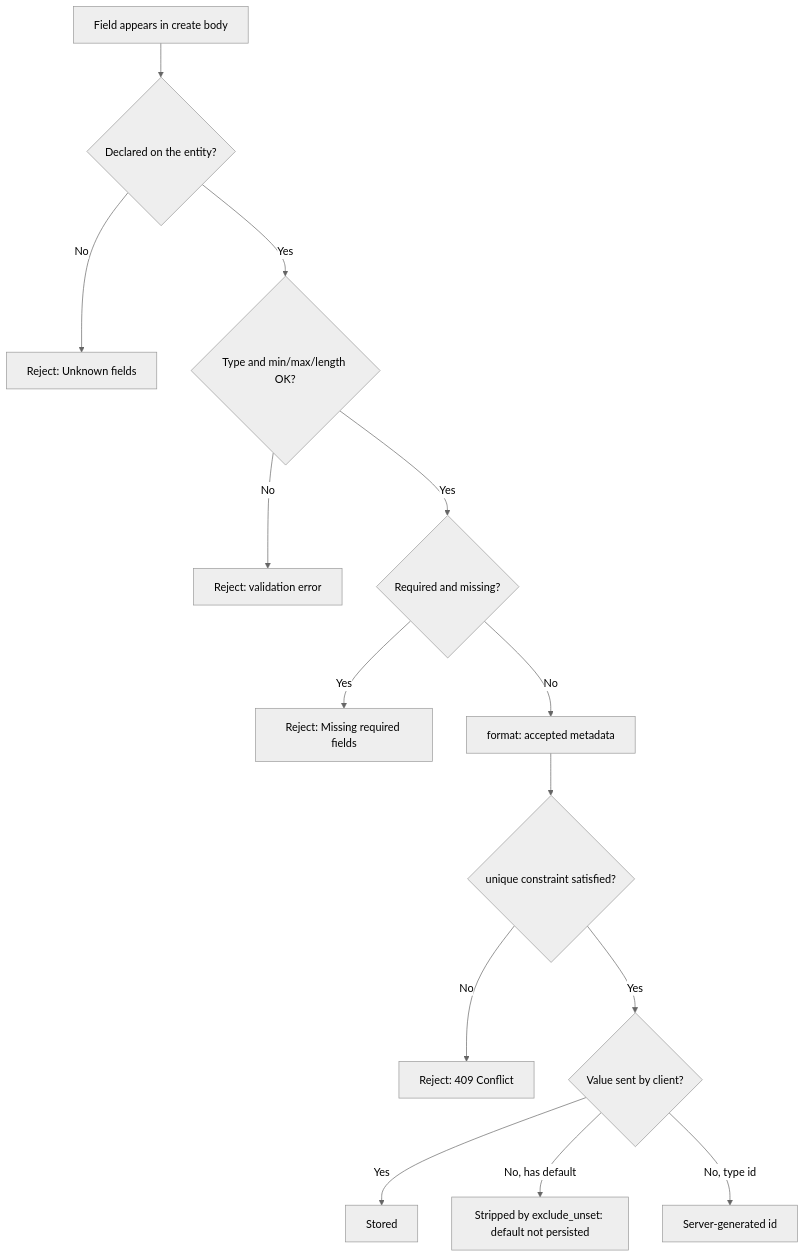
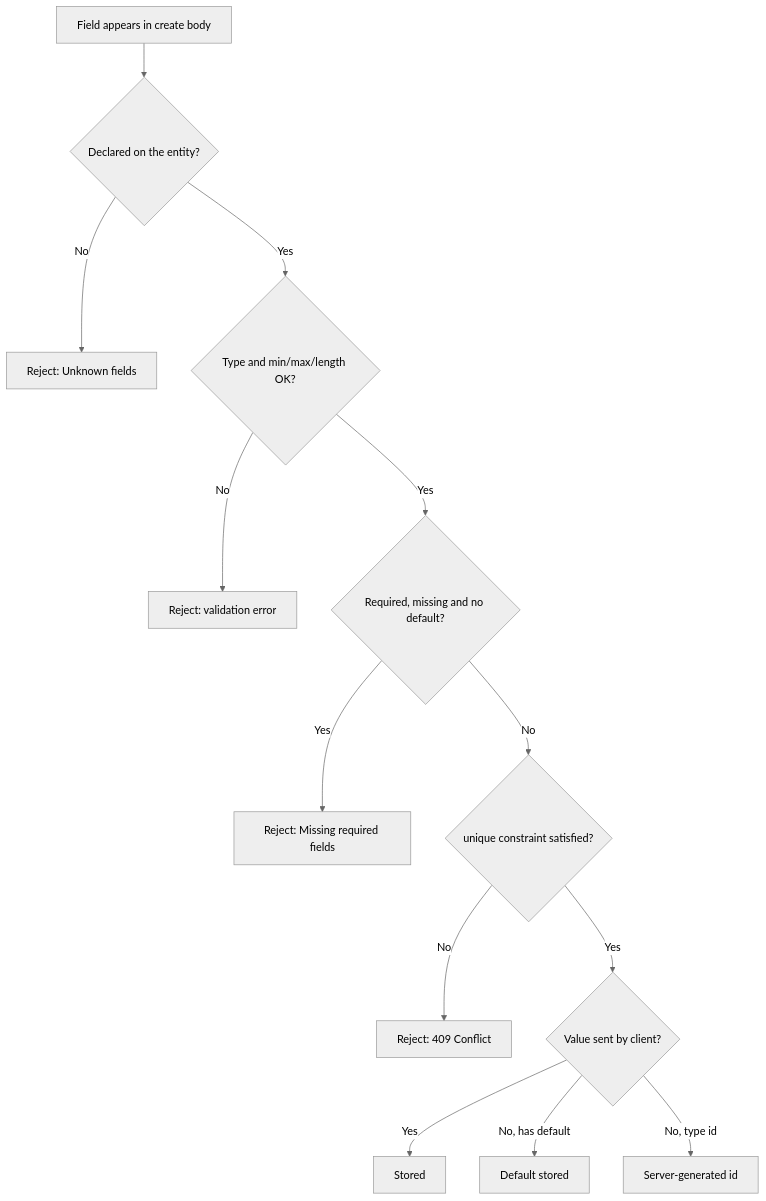
One commit to sebastiaoteixeira/stackform changed the diagram in docs/v0.2/Tutorial/02-field-types.md. Above: the diagram before and after it, drawn with Mermaid (neutral theme). The commit also changed other lines of this file and 62 other files, not shown here.

````diff
--- a/docs/v0.2/Tutorial/02-field-types.md
+++ b/docs/v0.2/Tutorial/02-field-types.md
@@ -114,16 +107,15 @@
 ```mermaid
 flowchart TD
   A[Field appears in create body] --> B{Declared on the entity?}
   B -- No --> R1[Reject: Unknown fields]
   B -- Yes --> C{Type and min/max/length OK?}
   C -- No --> R2[Reject: validation error]
-  C -- Yes --> D{Required and missing?}
+  C -- Yes --> D{Required, missing and no default?}
   D -- Yes --> R3[Reject: Missing required fields]
-  D -- No --> E[format: accepted metadata]
-  E --> U{unique constraint satisfied?}
+  D -- No --> U{unique constraint satisfied?}
   U -- No --> R4[Reject: 409 Conflict]
   U -- Yes --> F{Value sent by client?}
   F -- Yes --> S1[Stored]
-  F -- No, has default --> S2[Stripped by exclude_unset: default not persisted]
+  F -- No, has default --> S2[Default stored]
   F -- No, type id --> S3[Server-generated id]
 ```
````
